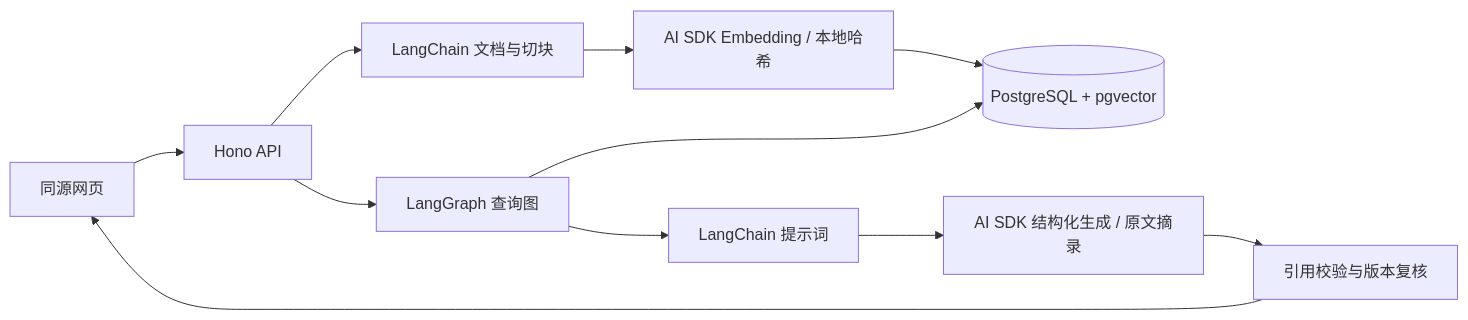
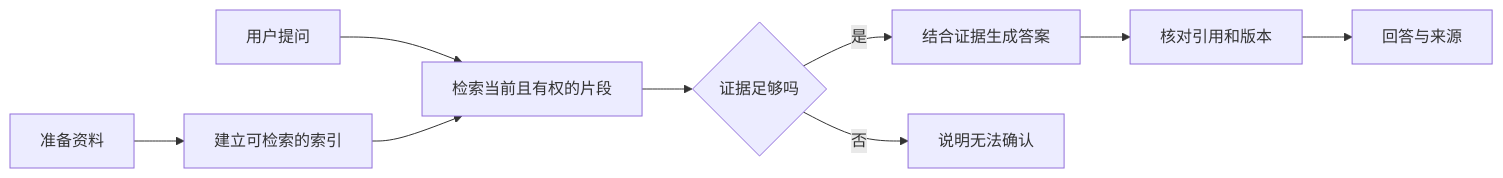
One commit to KRISACHAN/ying-practice changed the first of 2 diagrams in KRISIN2026/ai-agent-demo/rag-system/README.md. Above: the diagram before and after it, drawn with Mermaid. The commit also changed other lines of this file and 41 other files, not shown here.

````diff
--- a/KRISIN2026/ai-agent-demo/rag-system/README.md
+++ b/KRISIN2026/ai-agent-demo/rag-system/README.md
@@ -119,13 +17,11 @@
 ```mermaid
 flowchart LR
-  UI[同源网页] --> API[Hono API]
-  API --> IDX[LangChain 文档与切块]
-  IDX --> EMB[AI SDK Embedding / 本地哈希]
-  EMB --> PG[(PostgreSQL + pgvector)]
-  API --> GRAPH[LangGraph 查询图]
-  GRAPH --> PG
-  GRAPH --> PROMPT[LangChain 提示词]
-  PROMPT --> AI[AI SDK 结构化生成 / 原文摘录]
-  AI --> CHECK[引用校验与版本复核]
-  CHECK --> UI
+  A[准备资料] --> B[建立可检索的索引]
+  Q[用户提问] --> C[检索当前且有权的片段]
+  B --> C
+  C --> D{证据足够吗}
+  D -->|是| E[结合证据生成答案]
+  E --> F[核对引用和版本]
+  D -->|否| G[说明无法确认]
+  F --> H[回答与来源]
 ```
````
